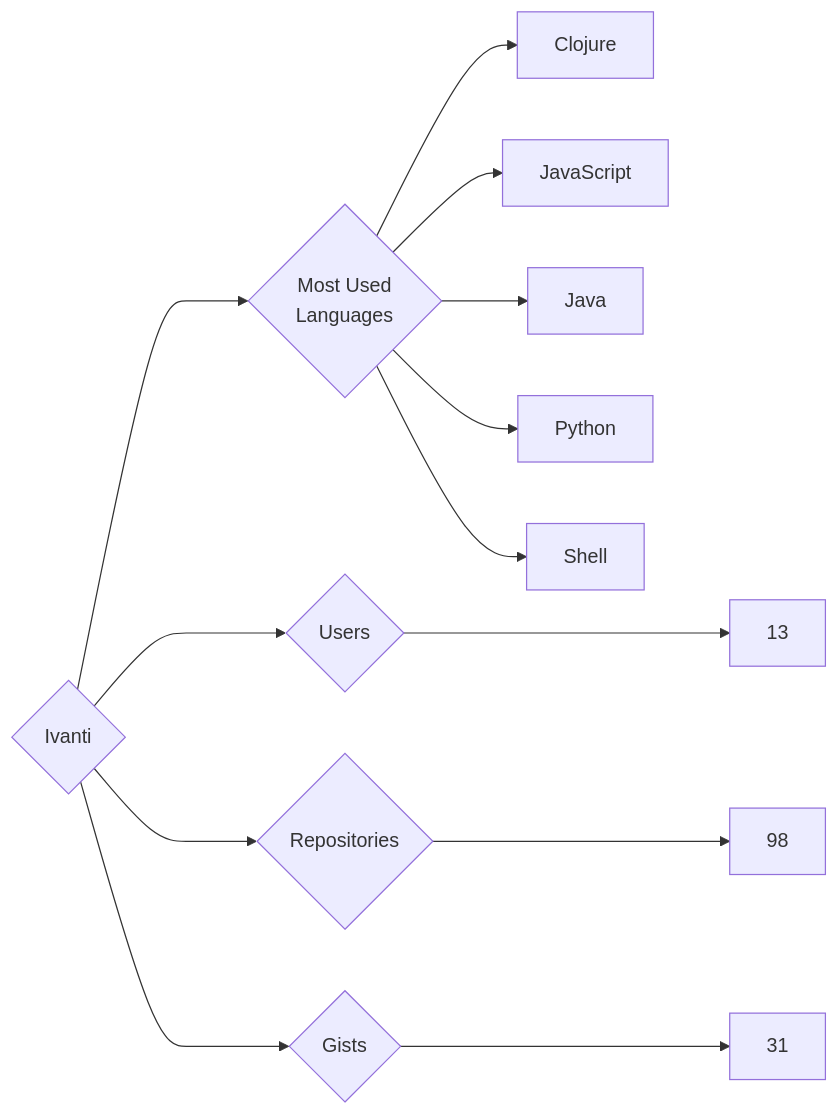
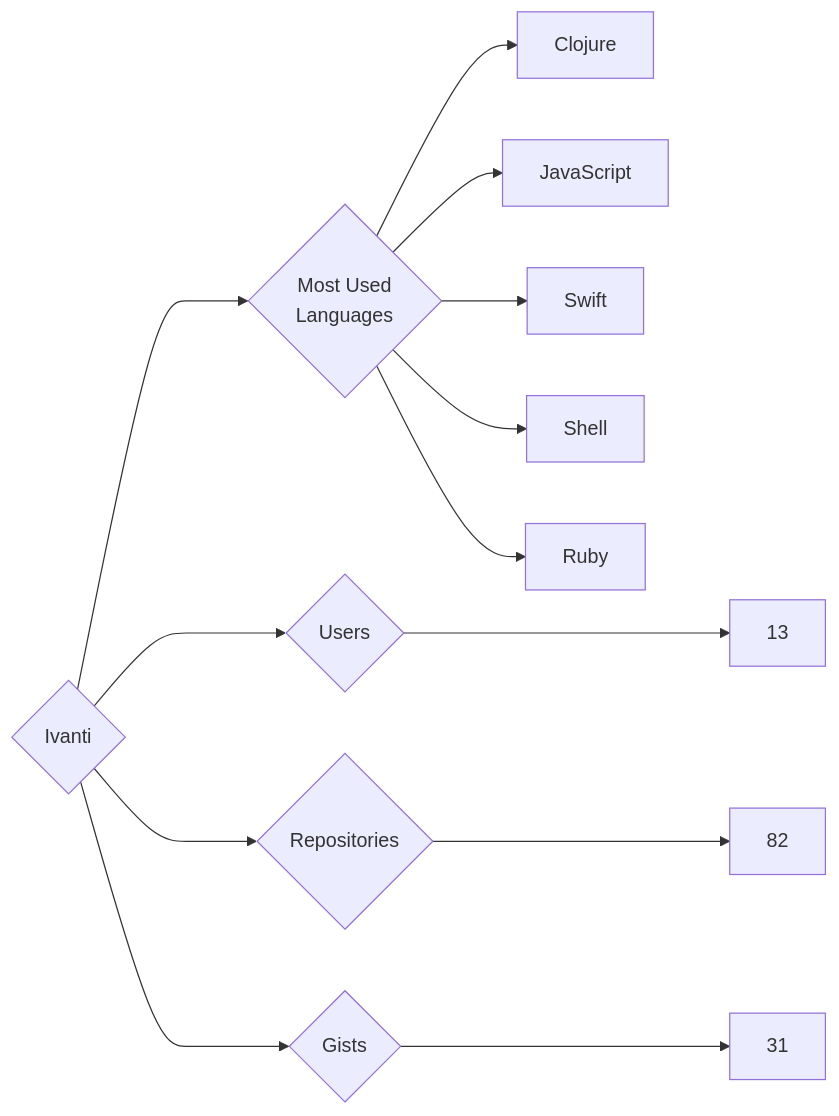
Before and after one commit to trickest/insiders: the diagram in targets/Ivanti/README.md, drawn with Mermaid. The commit also changed 633 other files, not shown here.

````diff
--- a/targets/Ivanti/README.md
+++ b/targets/Ivanti/README.md
@@ -3,13 +3,13 @@
 ```mermaid
 graph LR
 COMPANY_NAME{Ivanti}
 COMPANY_NAME ---> U{Users} ---> UN[13]
-COMPANY_NAME ---> R{Repositories} ---> RN[98]
+COMPANY_NAME ---> R{Repositories} ---> RN[82]
 COMPANY_NAME ---> G{Gists} ---> GN[31]
 COMPANY_NAME ---> ML{Most Used<br>Languages}
 ML --> Clojure[Clojure]
 ML --> JavaScript[JavaScript]
-ML --> Java[Java]
-ML --> Python[Python]
+ML --> Swift[Swift]
 ML --> Shell[Shell]
+ML --> Ruby[Ruby]
 ```
````
